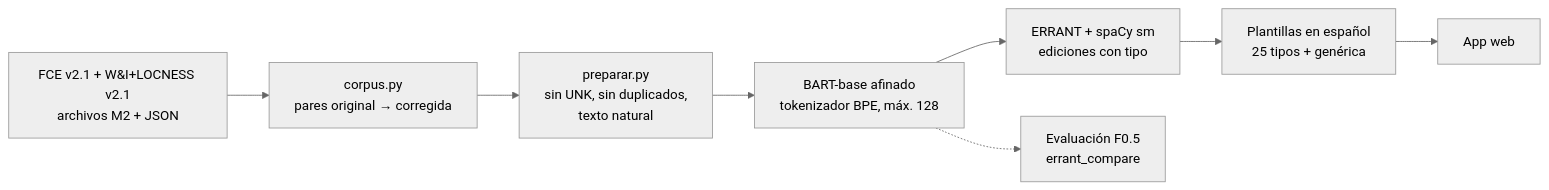
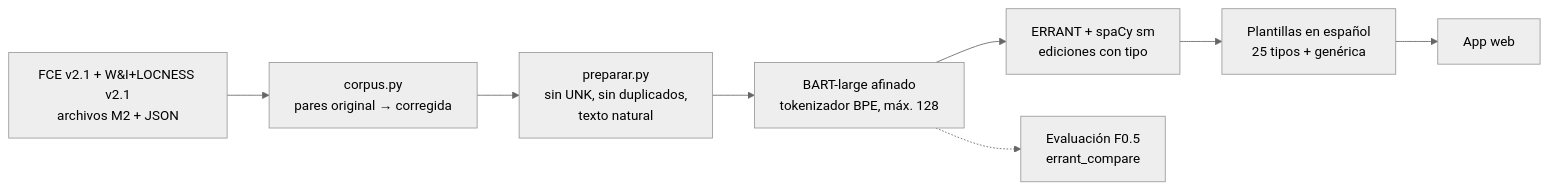
The diagram in proyecto-final/README.md (CamiloGarcia06/maestria-pln), drawn with Mermaid (neutral theme) before and after one commit. The commit also changed other lines of this file and 4 other files, not shown here.

First line of the commit message:
Proyecto final: notebook 05 con la selección de BART-large y la evaluación final

````diff
--- a/proyecto-final/README.md
+++ b/proyecto-final/README.md
@@ -10,10 +10,10 @@
 ```mermaid
 flowchart LR
     A[FCE v2.1 + W&I+LOCNESS v2.1<br/>archivos M2 + JSON] --> B[corpus.py<br/>pares original → corregida]
     B --> C[preparar.py<br/>sin UNK, sin duplicados,<br/>texto natural]
-    C --> D[BART-base afinado<br/>tokenizador BPE, máx. 128]
+    C --> D[BART-large afinado<br/>tokenizador BPE, máx. 128]
     D --> E[ERRANT + spaCy sm<br/>ediciones con tipo]
     E --> F[Plantillas en español<br/>25 tipos + genérica]
     F --> G[App web]
     D -.-> H[Evaluación F0.5<br/>errant_compare]
 ```
````
